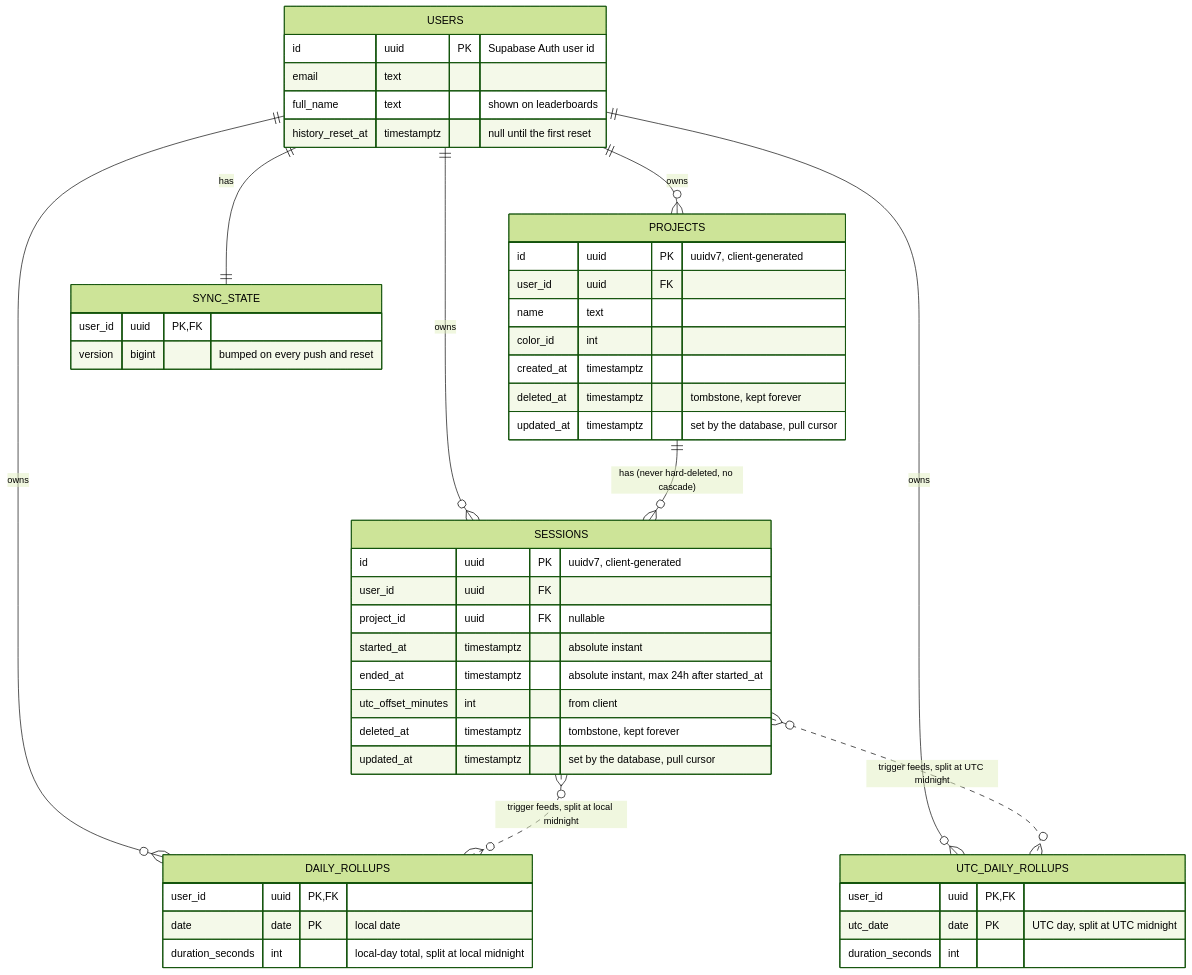
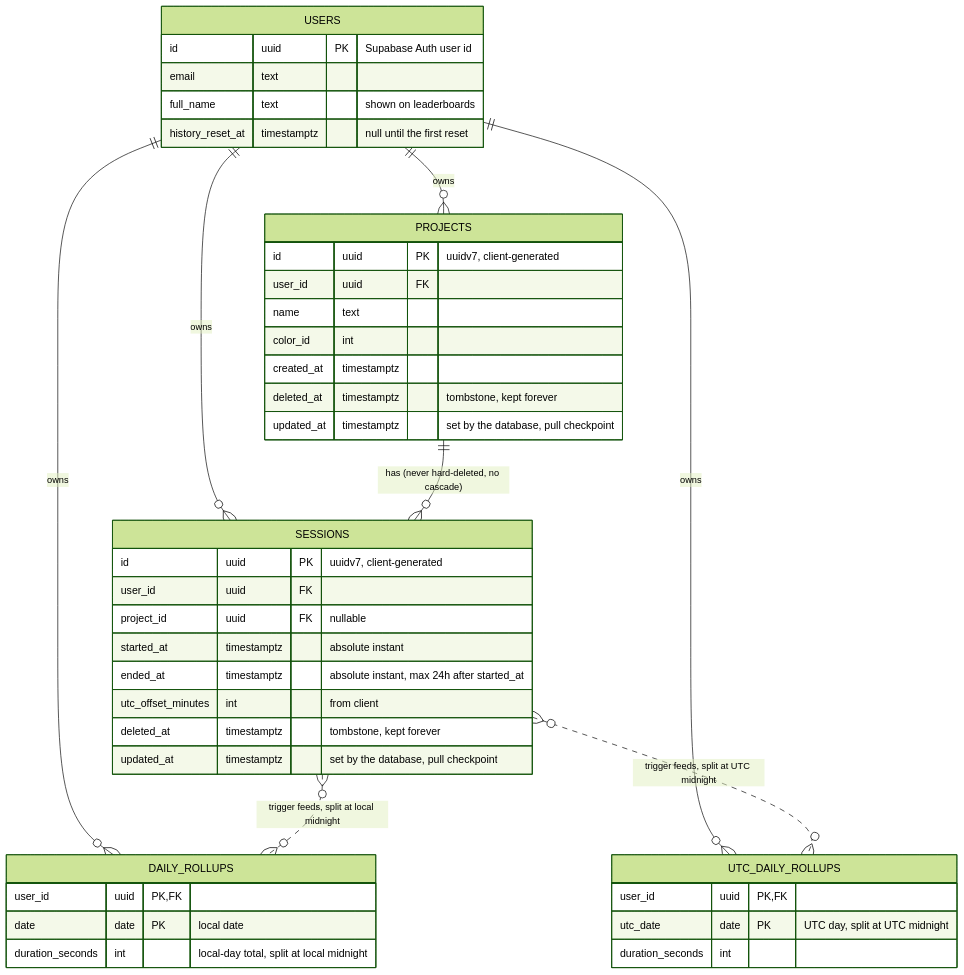
One commit to sardaar-niamotullah/tarkeez changed the third of 3 diagrams in README.md. Above: the diagram before and after it, drawn with Mermaid (forest theme). The commit also changed other lines of this file, not shown here.

````diff
--- a/README.md
+++ b/README.md
@@ -377,51 +371,46 @@
 ```mermaid
 erDiagram
   USERS ||--o{ PROJECTS : owns
   USERS ||--o{ SESSIONS : owns
   USERS ||--o{ DAILY_ROLLUPS : owns
   USERS ||--o{ UTC_DAILY_ROLLUPS : owns
-  USERS ||--|| SYNC_STATE : has
   PROJECTS ||--o{ SESSIONS : "has (never hard-deleted, no cascade)"
   SESSIONS }o..o{ DAILY_ROLLUPS : "trigger feeds, split at local midnight"
   SESSIONS }o..o{ UTC_DAILY_ROLLUPS : "trigger feeds, split at UTC midnight"
 
   USERS {
     id uuid PK "Supabase Auth user id"
     email text
     full_name text "shown on leaderboards"
     history_reset_at timestamptz "null until the first reset"
   }
   PROJECTS {
     id uuid PK "uuidv7, client-generated"
     user_id uuid FK
     name text
     color_id int
     created_at timestamptz
     deleted_at timestamptz "tombstone, kept forever"
-    updated_at timestamptz "set by the database, pull cursor"
+    updated_at timestamptz "set by the database, pull checkpoint"
   }
   SESSIONS {
     id uuid PK "uuidv7, client-generated"
     user_id uuid FK
     project_id uuid FK "nullable"
     started_at timestamptz "absolute instant"
     ended_at timestamptz "absolute instant, max 24h after started_at"
     utc_offset_minutes int "from client"
     deleted_at timestamptz "tombstone, kept forever"
-    updated_at timestamptz "set by the database, pull cursor"
+    updated_at timestamptz "set by the database, pull checkpoint"
   }
   DAILY_ROLLUPS {
     user_id uuid PK, FK
     date date PK "local date"
     duration_seconds int "local-day total, split at local midnight"
   }
   UTC_DAILY_ROLLUPS {
     user_id uuid PK, FK
     utc_date date PK "UTC day, split at UTC midnight"
     duration_seconds int
   }
-  SYNC_STATE {
-    user_id uuid PK, FK
-    version bigint "bumped on every push and reset"
-  }
 ```
````
